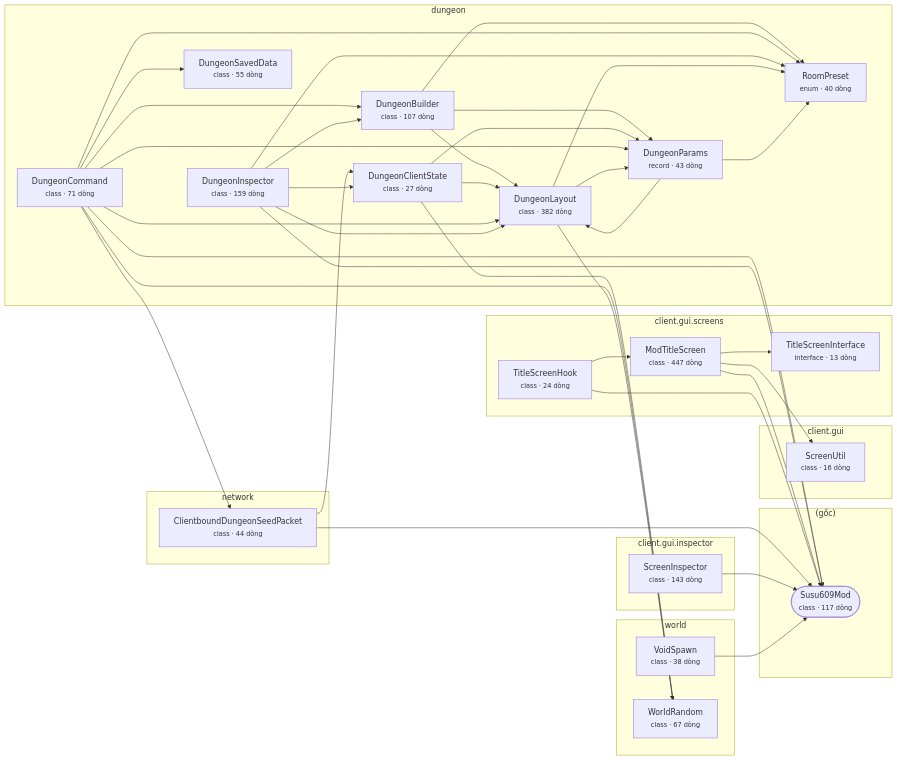
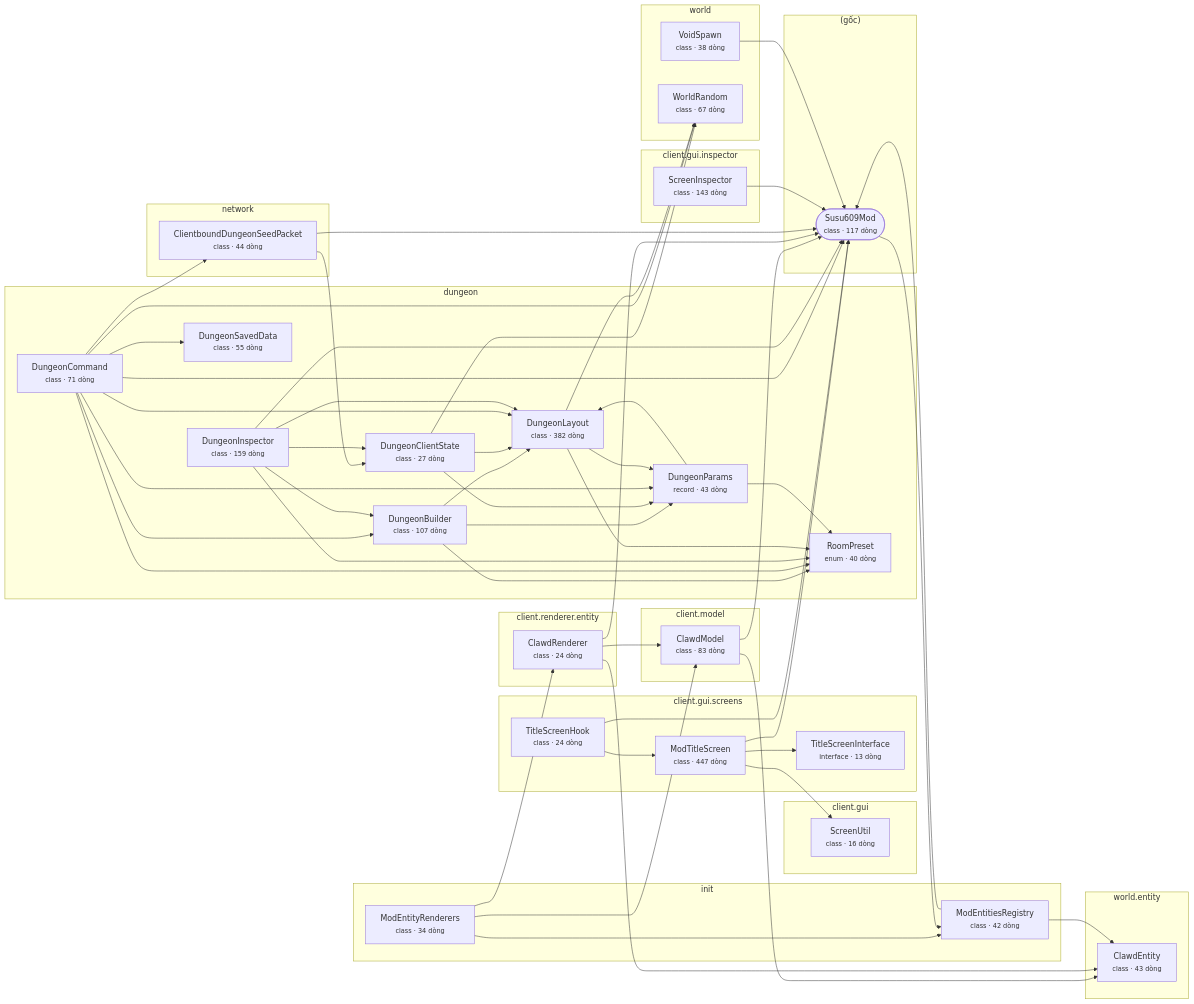
Before and after one commit to susu609/The8Dungeon: the diagram in docs/ARCHITECTURE.md, drawn with Mermaid. The commit also changed other lines of this file, not shown here.

```diff
--- a/docs/ARCHITECTURE.md
+++ b/docs/ARCHITECTURE.md
@@ -23,6 +23,12 @@
     TitleScreenHook["TitleScreenHook<br/><small>class · 24 dòng</small>"]
     TitleScreenInterface["TitleScreenInterface<br/><small>interface · 13 dòng</small>"]
   end
+  subgraph pkg_client_model["client.model"]
+    ClawdModel["ClawdModel<br/><small>class · 83 dòng</small>"]
+  end
+  subgraph pkg_client_renderer_entity["client.renderer.entity"]
+    ClawdRenderer["ClawdRenderer<br/><small>class · 24 dòng</small>"]
+  end
   subgraph pkg_dungeon["dungeon"]
     DungeonBuilder["DungeonBuilder<br/><small>class · 107 dòng</small>"]
     DungeonClientState["DungeonClientState<br/><small>class · 27 dòng</small>"]
@@ -33,6 +39,10 @@
     DungeonSavedData["DungeonSavedData<br/><small>class · 55 dòng</small>"]
     RoomPreset["RoomPreset<br/><small>enum · 40 dòng</small>"]
   end
+  subgraph pkg_init["init"]
+    ModEntitiesRegistry["ModEntitiesRegistry<br/><small>class · 42 dòng</small>"]
+    ModEntityRenderers["ModEntityRenderers<br/><small>class · 34 dòng</small>"]
+  end
   subgraph pkg_network["network"]
     ClientboundDungeonSeedPacket["ClientboundDungeonSeedPacket<br/><small>class · 44 dòng</small>"]
   end
@@ -40,6 +50,14 @@
     VoidSpawn["VoidSpawn<br/><small>class · 38 dòng</small>"]
     WorldRandom["WorldRandom<br/><small>class · 67 dòng</small>"]
   end
+  subgraph pkg_world_entity["world.entity"]
+    ClawdEntity["ClawdEntity<br/><small>class · 43 dòng</small>"]
+  end
+  ClawdModel --> ClawdEntity
+  ClawdModel --> Susu609Mod
+  ClawdRenderer --> ClawdEntity
+  ClawdRenderer --> ClawdModel
+  ClawdRenderer --> Susu609Mod
   ClientboundDungeonSeedPacket --> DungeonClientState
   ClientboundDungeonSeedPacket --> Susu609Mod
   DungeonBuilder --> DungeonLayout
@@ -66,10 +84,16 @@
   DungeonLayout --> WorldRandom
   DungeonParams --> DungeonLayout
   DungeonParams --> RoomPreset
+  ModEntitiesRegistry --> ClawdEntity
+  ModEntitiesRegistry --> Susu609Mod
+  ModEntityRenderers --> ClawdModel
+  ModEntityRenderers --> ClawdRenderer
+  ModEntityRenderers --> ModEntitiesRegistry
   ModTitleScreen --> ScreenUtil
   ModTitleScreen --> Susu609Mod
   ModTitleScreen --> TitleScreenInterface
   ScreenInspector --> Susu609Mod
+  Susu609Mod --> ModEntitiesRegistry
   TitleScreenHook --> ModTitleScreen
   TitleScreenHook --> Susu609Mod
   VoidSpawn --> Susu609Mod
```
